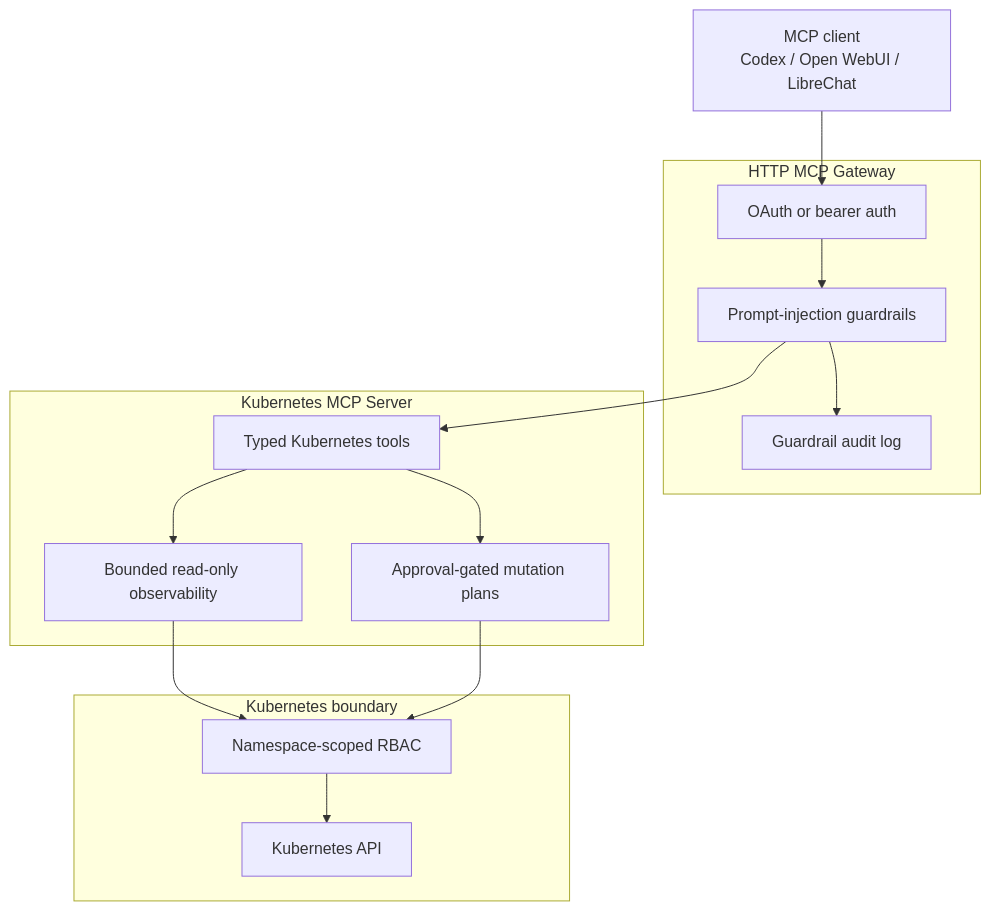
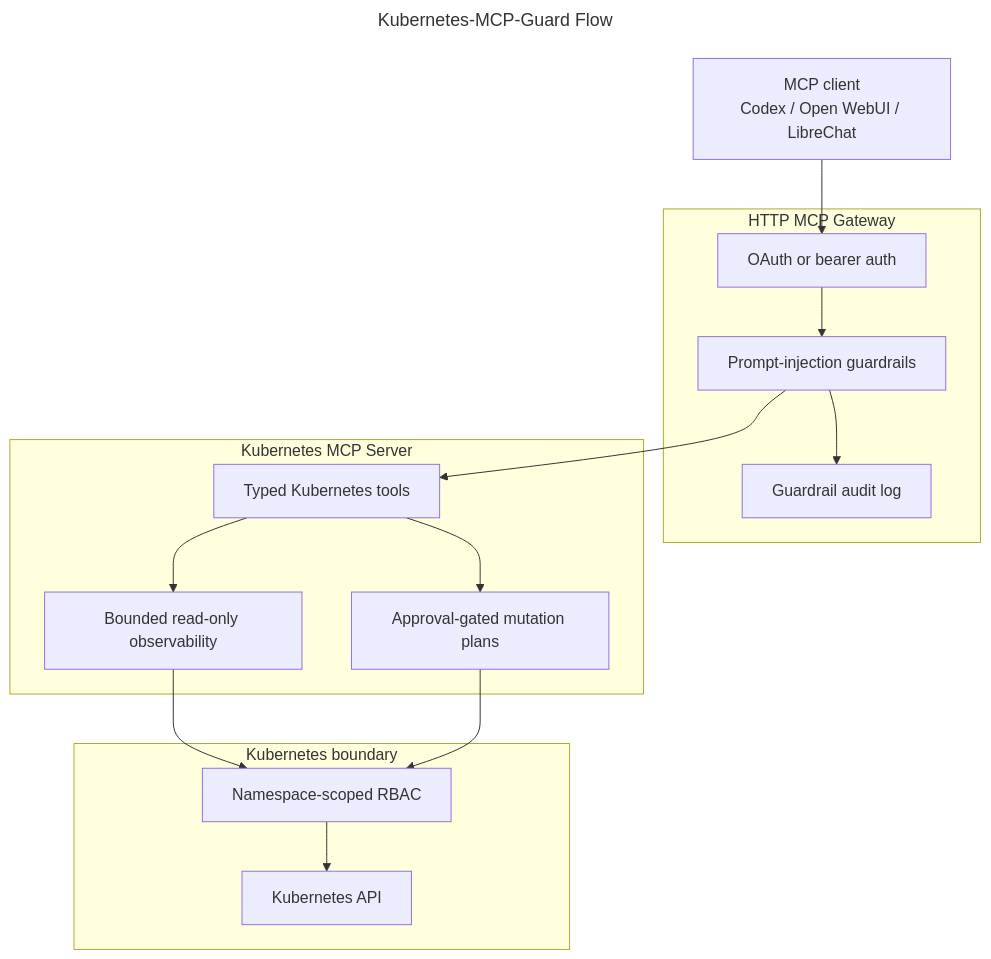
One commit to mirusser/Kubernetes-MCP-Guard changed the diagram in README.md. Above: the diagram before and after it, drawn with Mermaid. The commit also changed other lines of this file, not shown here.

````diff
--- a/README.md
+++ b/README.md
@@ -28,31 +32,34 @@
 ```mermaid
+---
+title: Kubernetes-MCP-Guard Flow
+---
 flowchart TB
     Client["MCP client<br/>Codex / Open WebUI / LibreChat"]
 
     subgraph Gateway["HTTP MCP Gateway"]
         Auth["OAuth or bearer auth"]
         Guardrails["Prompt-injection guardrails"]
         Audit["Guardrail audit log"]
         Auth --> Guardrails
         Guardrails --> Audit
     end
 
     subgraph Server["Kubernetes MCP Server"]
         Tools["Typed Kubernetes tools"]
         ReadOnly["Bounded read-only observability"]
         Plans["Approval-gated mutation plans"]
         Tools --> ReadOnly
         Tools --> Plans
     end
 
     subgraph Kubernetes["Kubernetes boundary"]
         RBAC["Namespace-scoped RBAC"]
         API["Kubernetes API"]
         RBAC --> API
     end
 
     Client --> Auth
     Guardrails --> Tools
     ReadOnly --> RBAC
     Plans --> RBAC
 ```
````
